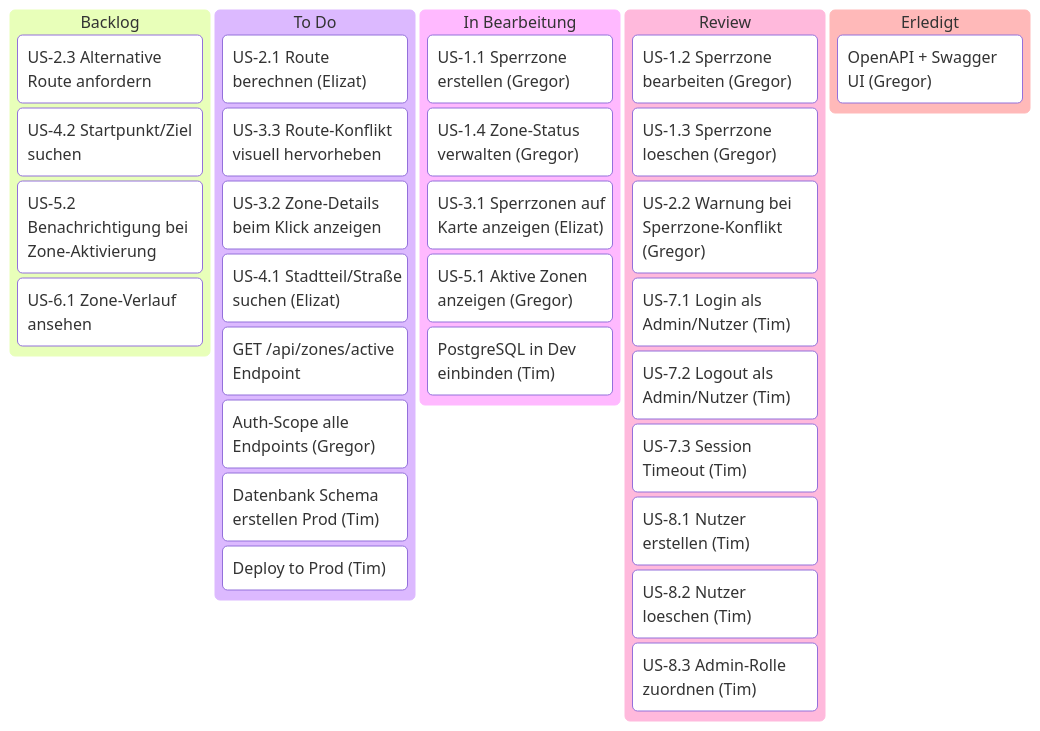
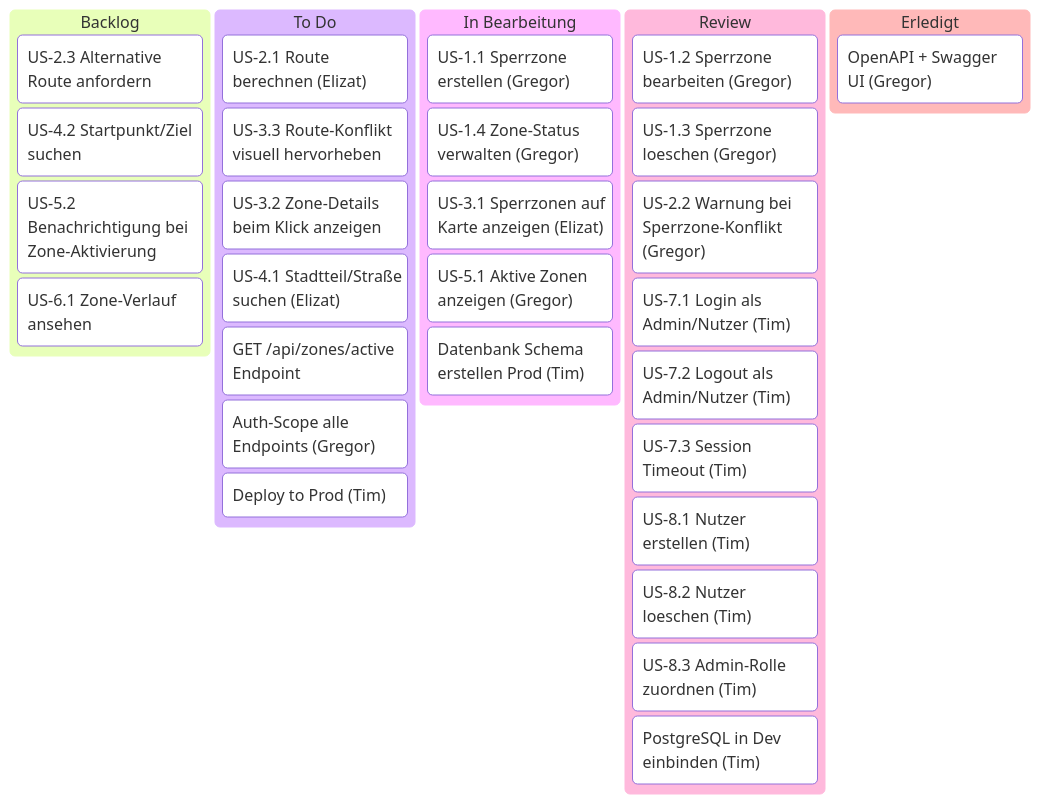
The diagram in docs/project/PLAN.md (g8rdier/urban-flow-governance), drawn with Mermaid before and after one commit. The commit also changed other lines of this file, not shown here.

Commit message:
docs: PostgreSQL in Dev einbinden auf Review gesetzt

````diff
--- a/docs/project/PLAN.md
+++ b/docs/project/PLAN.md
@@ -15,44 +15,44 @@
 ```mermaid
 ---
 config:
   kanban:
     ticketBaseUrl: ''
 ---
 kanban
   Backlog
     b1[US-2.3 Alternative Route anfordern]
     b2[US-4.2 Startpunkt/Ziel suchen]
     b3[US-5.2 Benachrichtigung bei Zone-Aktivierung]
     b4[US-6.1 Zone-Verlauf ansehen]
 
   ToDo[To Do]
     t1["US-2.1 Route berechnen (Elizat)"]
     t2[US-3.3 Route-Konflikt visuell hervorheben]
     t3[US-3.2 Zone-Details beim Klick anzeigen]
     t4["US-4.1 Stadtteil/Straße suchen (Elizat)"]
     t5["GET /api/zones/active Endpoint"]
     t6["Auth-Scope alle Endpoints (Gregor)"]
-    t7["Datenbank Schema erstellen Prod (Tim)"]
     t8["Deploy to Prod (Tim)"]
 
   InProgress[In Bearbeitung]
     p1["US-1.1 Sperrzone erstellen (Gregor)"]
     p2["US-1.4 Zone-Status verwalten (Gregor)"]
     p3["US-3.1 Sperrzonen auf Karte anzeigen (Elizat)"]
     p4["US-5.1 Aktive Zonen anzeigen (Gregor)"]
-    p5["PostgreSQL in Dev einbinden (Tim)"]
+    t7["Datenbank Schema erstellen Prod (Tim)"]
 
   Review
     r1["US-1.2 Sperrzone bearbeiten (Gregor)"]
     r2["US-1.3 Sperrzone loeschen (Gregor)"]
     r3["US-2.2 Warnung bei Sperrzone-Konflikt (Gregor)"]
     r4["US-7.1 Login als Admin/Nutzer (Tim)"]
     r5["US-7.2 Logout als Admin/Nutzer (Tim)"]
     r6["US-7.3 Session Timeout (Tim)"]
     r7["US-8.1 Nutzer erstellen (Tim)"]
     r8["US-8.2 Nutzer loeschen (Tim)"]
     r9["US-8.3 Admin-Rolle zuordnen (Tim)"]
+    p5["PostgreSQL in Dev einbinden (Tim)"]
 
   Erledigt
     d1["OpenAPI + Swagger UI (Gregor)"]
 ```
````
